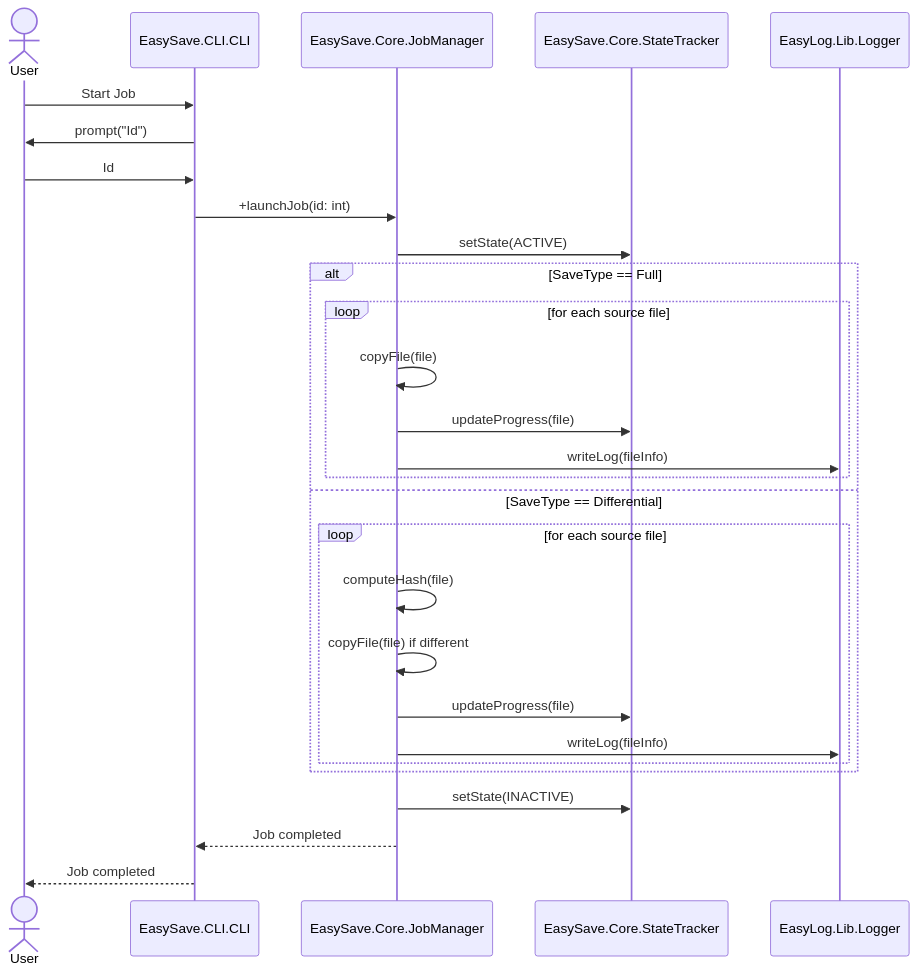
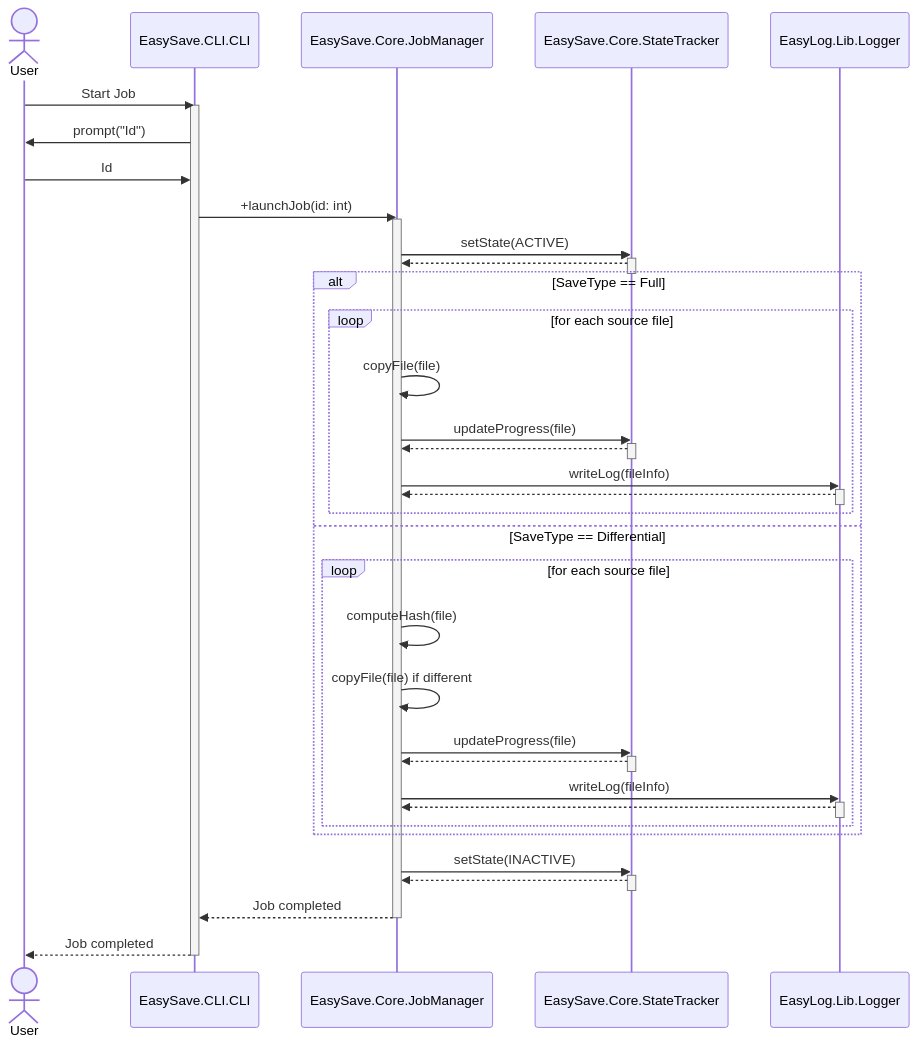
One commit to louisdrouhin/EasySave changed the fourth of 6 diagrams in Modelisation.md. Above: the diagram before and after it, drawn with Mermaid. The commit also changed other lines of this file, not shown here.

Commit message:
docs(UML): update sequences diagram with life lines

````diff
--- a/Modelisation.md
+++ b/Modelisation.md
@@ -508,34 +521,59 @@
 ```mermaid
 sequenceDiagram
     actor User as User
     participant CLI as EasySave.CLI.CLI
     participant JobMgr as EasySave.Core.JobManager
     participant State as EasySave.Core.StateTracker
     participant Log as EasyLog.Lib.Logger
 
     User->>CLI: Start Job
+    activate CLI
     CLI->>User: prompt("Id")
     User->>CLI: Id
+
     CLI->>JobMgr: +launchJob(id: int)
+    activate JobMgr
 
     JobMgr->>State: setState(ACTIVE)
+    activate State
+    State-->>JobMgr:
+    deactivate State
 
     alt SaveType == Full
         loop for each source file
             JobMgr->>JobMgr: copyFile(file)
             JobMgr->>State: updateProgress(file)
+            activate State
+            State-->>JobMgr:
+            deactivate State
             JobMgr->>Log: writeLog(fileInfo)
+            activate Log
+            Log-->>JobMgr:
+            deactivate Log
         end
     else SaveType == Differential
         loop for each source file
             JobMgr->>JobMgr: computeHash(file)
             JobMgr->>JobMgr: copyFile(file) if different
             JobMgr->>State: updateProgress(file)
+            activate State
+            State-->>JobMgr:
+            deactivate State
             JobMgr->>Log: writeLog(fileInfo)
+            activate Log
+            Log-->>JobMgr:
+            deactivate Log
         end
     end
 
     JobMgr->>State: setState(INACTIVE)
+    activate State
+    State-->>JobMgr:
+    deactivate State
+
     JobMgr-->>CLI: Job completed
+    deactivate JobMgr
+
     CLI-->>User: Job completed
+    deactivate CLI
 ```
````
